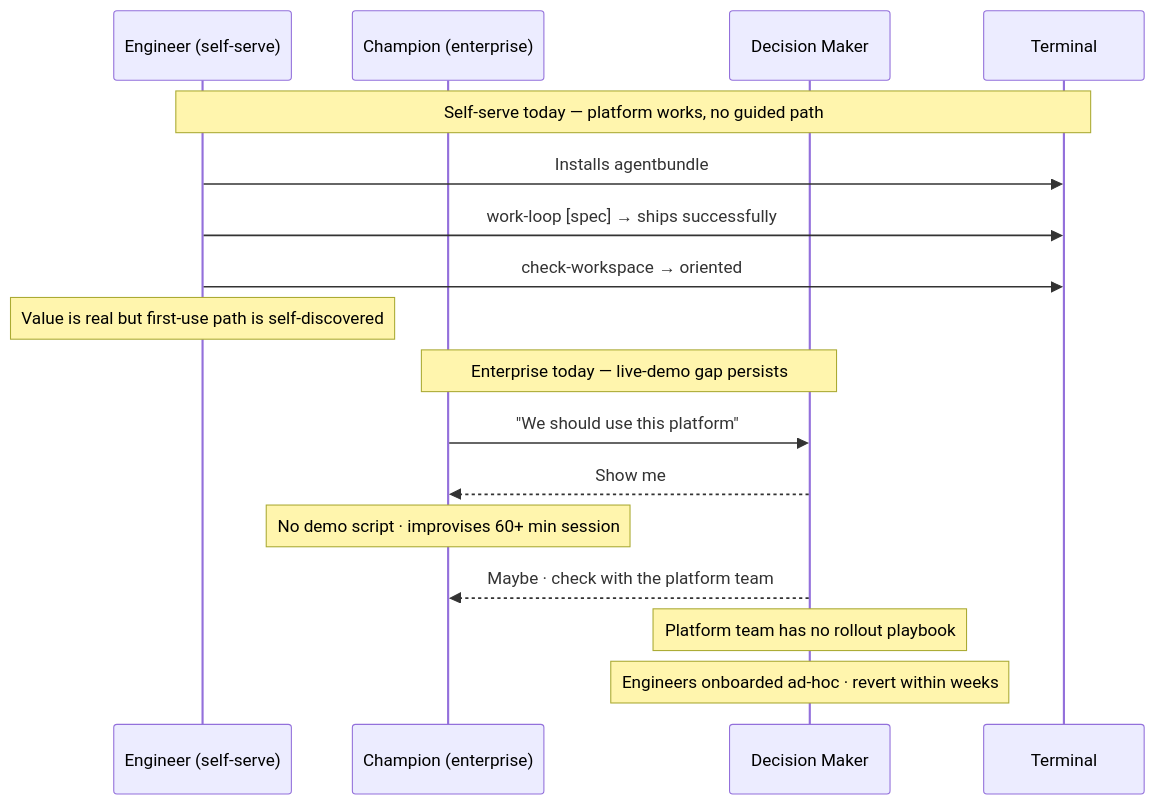
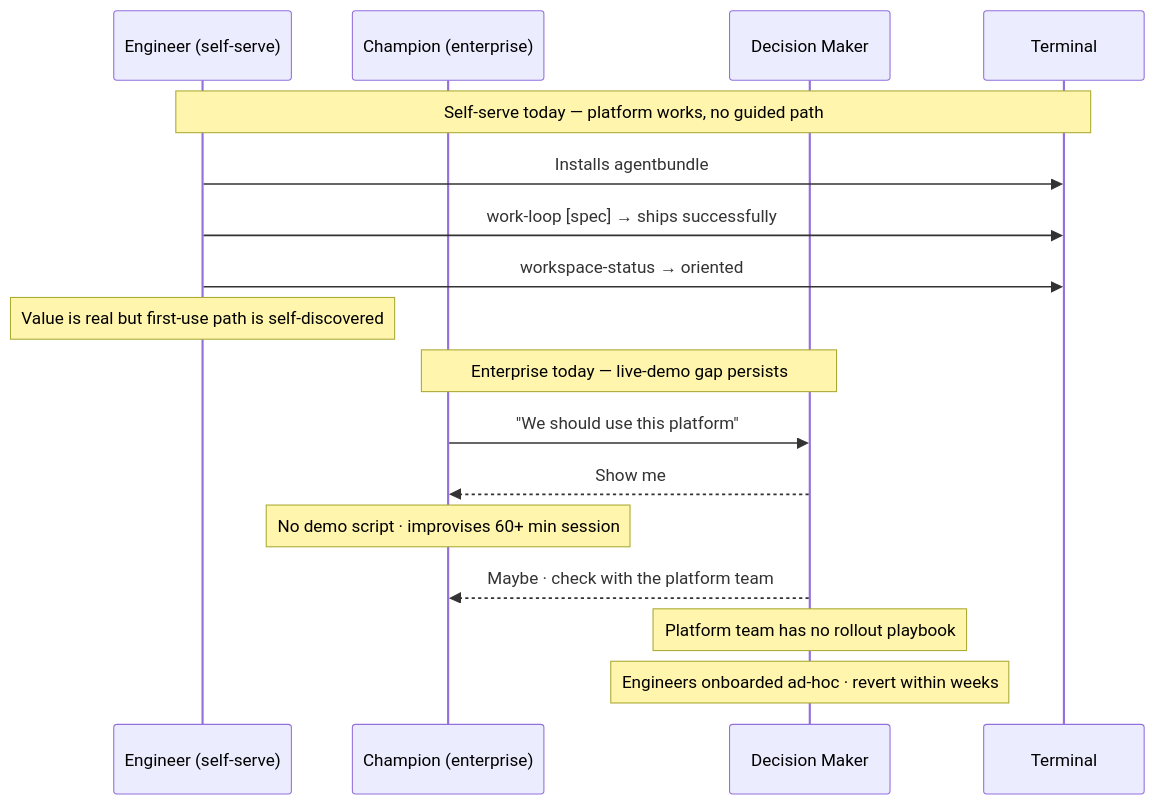
Before and after one commit to eugenelim/agent-ready-repo: the first of 2 diagrams in docs/product/journeys/team-evaluates-and-adopts.md, drawn with Mermaid. The commit also changed other lines of this file and 40 other files, not shown here.

First line of the commit message:
feat(core): rename check-workspace → workspace-status (RFC-0067 Change A) (#565)

````diff
--- a/docs/product/journeys/team-evaluates-and-adopts.md
+++ b/docs/product/journeys/team-evaluates-and-adopts.md
@@ -63,21 +63,21 @@
 ```mermaid
 sequenceDiagram
     participant ENG as Engineer (self-serve)
     participant CH as Champion (enterprise)
     participant DM as Decision Maker
     participant CLI as Terminal
 
     Note over ENG,CLI: Self-serve today — platform works, no guided path
     ENG->>CLI: Installs agentbundle
     ENG->>CLI: work-loop [spec] → ships successfully
-    ENG->>CLI: check-workspace → oriented
+    ENG->>CLI: workspace-status → oriented
     Note over ENG: Value is real but first-use path is self-discovered
 
     Note over CH,DM: Enterprise today — live-demo gap persists
     CH->>DM: "We should use this platform"
     DM-->>CH: Show me
     Note over CH: No demo script · improvises 60+ min session
     DM-->>CH: Maybe · check with the platform team
     Note over DM: Platform team has no rollout playbook
     Note over DM: Engineers onboarded ad-hoc · revert within weeks
 ```
````
